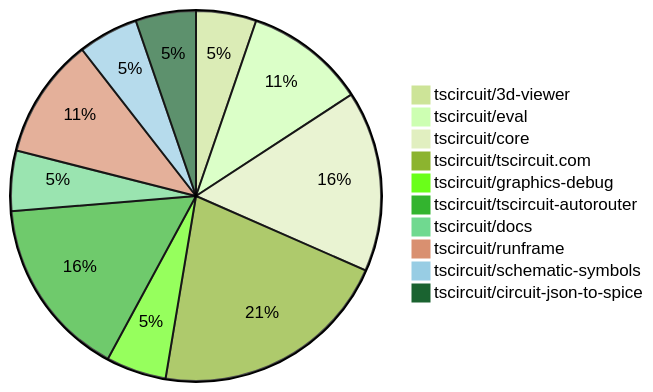
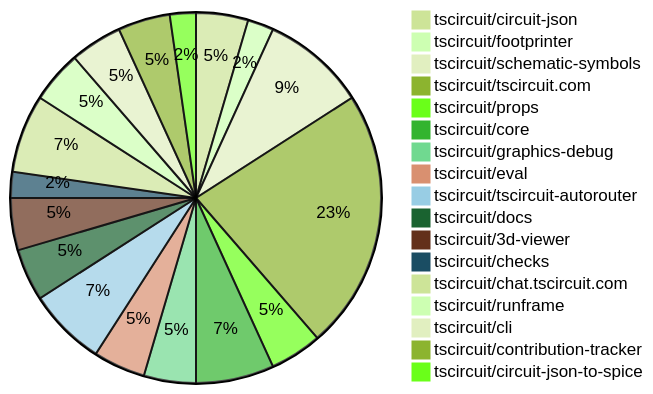
Before and after one commit to tscircuit/contribution-tracker: the diagram in README.md, drawn with Mermaid (forest theme). The commit also changed other lines of this file and 3 other files, not shown here.

````diff
--- a/README.md
+++ b/README.md
@@ -24,13 +24,20 @@
 ```mermaid
 pie
-    "tscircuit/3d-viewer" : 1
+    "tscircuit/circuit-json" : 2
+    "tscircuit/footprinter" : 1
+    "tscircuit/schematic-symbols" : 4
+    "tscircuit/tscircuit.com" : 10
+    "tscircuit/props" : 2
+    "tscircuit/core" : 3
+    "tscircuit/graphics-debug" : 2
     "tscircuit/eval" : 2
-    "tscircuit/core" : 3
-    "tscircuit/tscircuit.com" : 4
-    "tscircuit/graphics-debug" : 1
     "tscircuit/tscircuit-autorouter" : 3
-    "tscircuit/docs" : 1
+    "tscircuit/docs" : 2
+    "tscircuit/3d-viewer" : 2
+    "tscircuit/checks" : 1
+    "tscircuit/chat.tscircuit.com" : 3
     "tscircuit/runframe" : 2
-    "tscircuit/schematic-symbols" : 1
+    "tscircuit/cli" : 2
+    "tscircuit/contribution-tracker" : 2
     "tscircuit/circuit-json-to-spice" : 1
 ```
````
